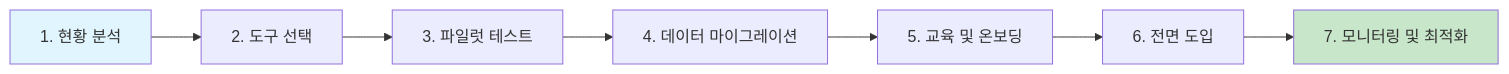
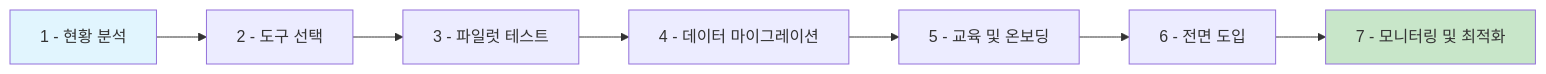
One commit to nugurejeil/weniVooks changed diagram 18 of 20 in _md/genai-notion/chapter06/06-2.md. Above: the diagram before and after it, drawn with Mermaid. The commit also changed other lines of this file and 10 other files, not shown here.

````diff
--- a/_md/genai-notion/chapter06/06-2.md
+++ b/_md/genai-notion/chapter06/06-2.md
@@ -731,12 +872,12 @@
 ```mermaid
 graph LR
-    A[1. 현황 분석] --> B[2. 도구 선택]
-    B --> C[3. 파일럿 테스트]
-    C --> D[4. 데이터 마이그레이션]
-    D --> E[5. 교육 및 온보딩]
-    E --> F[6. 전면 도입]
-    F --> G[7. 모니터링 및 최적화]
+    A[1 - 현황 분석] --> B[2 - 도구 선택]
+    B --> C[3 - 파일럿 테스트]
+    C --> D[4 - 데이터 마이그레이션]
+    D --> E[5 - 교육 및 온보딩]
+    E --> F[6 - 전면 도입]
+    F --> G[7 - 모니터링 및 최적화]
 
     style A fill:#E1F5FE
     style G fill:#C8E6C9
 ```
````
